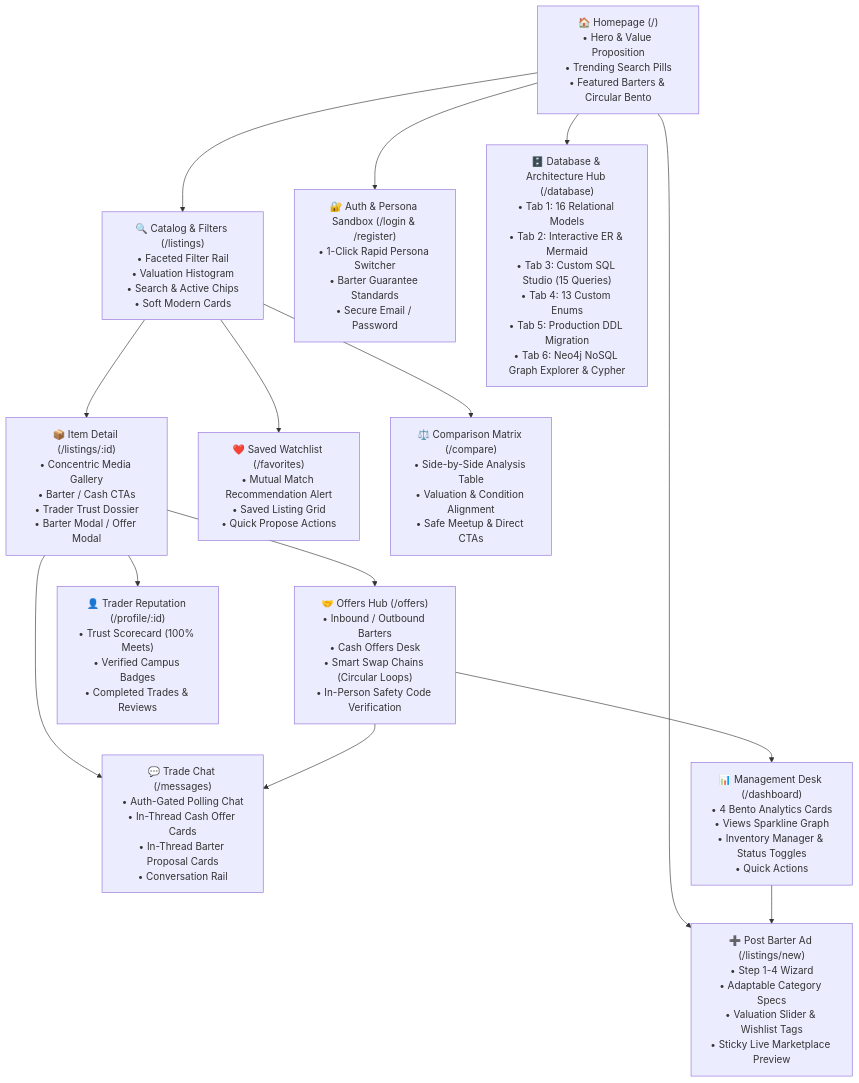
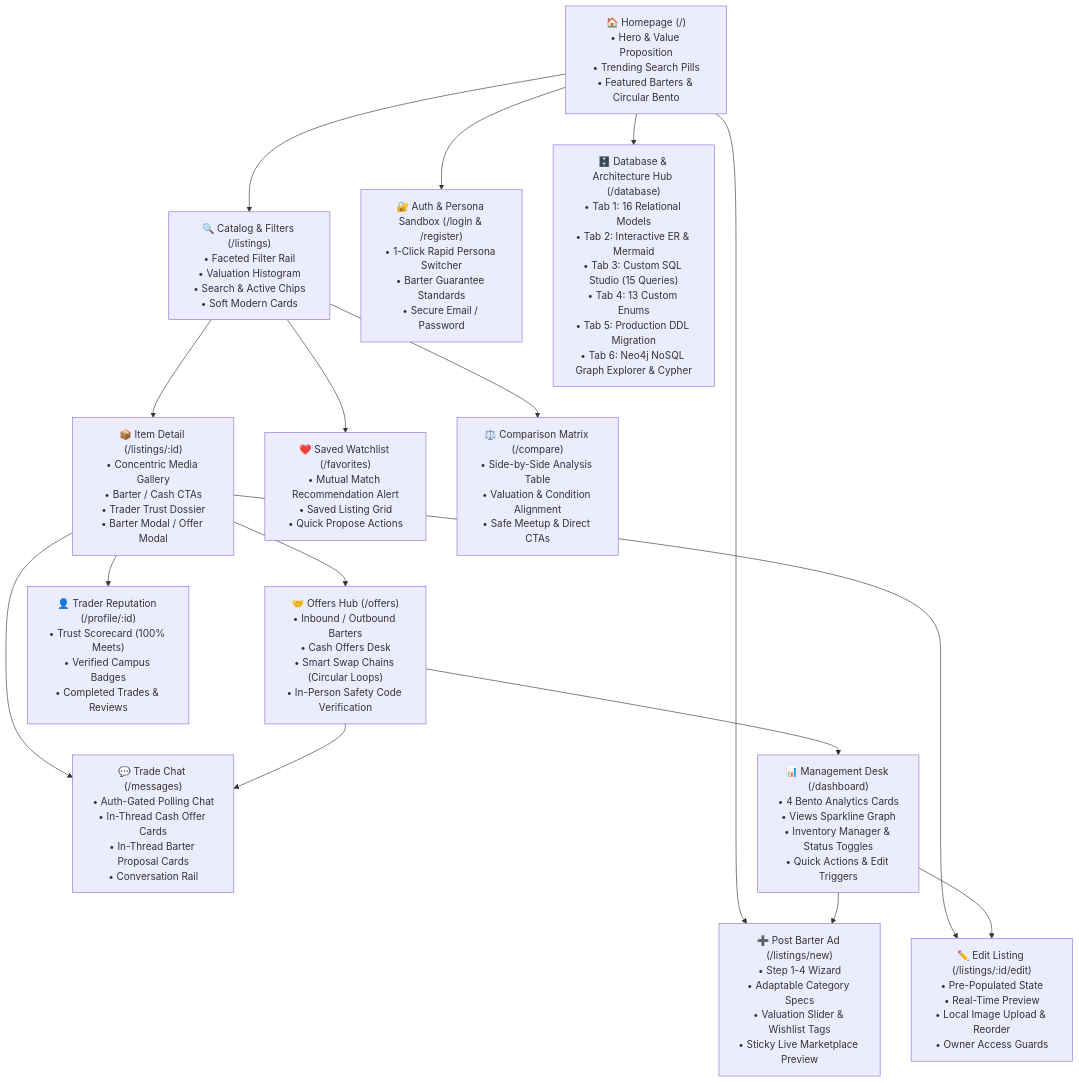
Before and after one commit to H4R5H1L-27/BarterHub: the first of 2 diagrams in README.md, drawn with Mermaid. The commit also changed other lines of this file, not shown here.

Commit message:
docs(readme): document local image upload, owner listing editing, simplified location input, and new API routes

````diff
--- a/README.md
+++ b/README.md
@@ -128,29 +133,32 @@
 ```mermaid
 graph TD
   Home["🏠 Homepage (/)<br/>• Hero & Value Proposition<br/>• Trending Search Pills<br/>• Featured Barters & Circular Bento"]
   Browse["🔍 Catalog & Filters (/listings)<br/>• Faceted Filter Rail<br/>• Valuation Histogram<br/>• Search & Active Chips<br/>• Soft Modern Cards"]
   NewListing["➕ Post Barter Ad (/listings/new)<br/>• Step 1-4 Wizard<br/>• Adaptable Category Specs<br/>• Valuation Slider & Wishlist Tags<br/>• Sticky Live Marketplace Preview"]
   ListingDetail["📦 Item Detail (/listings/:id)<br/>• Concentric Media Gallery<br/>• Barter / Cash CTAs<br/>• Trader Trust Dossier<br/>• Barter Modal / Offer Modal"]
+  EditListing["✏️ Edit Listing (/listings/:id/edit)<br/>• Pre-Populated State<br/>• Real-Time Preview<br/>• Local Image Upload & Reorder<br/>• Owner Access Guards"]
   Offers["🤝 Offers Hub (/offers)<br/>• Inbound / Outbound Barters<br/>• Cash Offers Desk<br/>• Smart Swap Chains (Circular Loops)<br/>• In-Person Safety Code Verification"]
   Messages["💬 Trade Chat (/messages)<br/>• Auth-Gated Polling Chat<br/>• In-Thread Cash Offer Cards<br/>• In-Thread Barter Proposal Cards<br/>• Conversation Rail"]
-  Dashboard["📊 Management Desk (/dashboard)<br/>• 4 Bento Analytics Cards<br/>• Views Sparkline Graph<br/>• Inventory Manager & Status Toggles<br/>• Quick Actions"]
+  Dashboard["📊 Management Desk (/dashboard)<br/>• 4 Bento Analytics Cards<br/>• Views Sparkline Graph<br/>• Inventory Manager & Status Toggles<br/>• Quick Actions & Edit Triggers"]
   Favorites["❤️ Saved Watchlist (/favorites)<br/>• Mutual Match Recommendation Alert<br/>• Saved Listing Grid<br/>• Quick Propose Actions"]
   Compare["⚖️ Comparison Matrix (/compare)<br/>• Side-by-Side Analysis Table<br/>• Valuation & Condition Alignment<br/>• Safe Meetup & Direct CTAs"]
   Profile["👤 Trader Reputation (/profile/:id)<br/>• Trust Scorecard (100% Meets)<br/>• Verified Campus Badges<br/>• Completed Trades & Reviews"]
   Auth["🔐 Auth & Persona Sandbox (/login & /register)<br/>• 1-Click Rapid Persona Switcher<br/>• Barter Guarantee Standards<br/>• Secure Email / Password"]
   DB["🗄️ Database & Architecture Hub (/database)<br/>• Tab 1: 16 Relational Models<br/>• Tab 2: Interactive ER & Mermaid<br/>• Tab 3: Custom SQL Studio (15 Queries)<br/>• Tab 4: 13 Custom Enums<br/>• Tab 5: Production DDL Migration<br/>• Tab 6: Neo4j NoSQL Graph Explorer & Cypher"]
 
   Home --> Browse
   Home --> NewListing
   Home --> Auth
   Home --> DB
   Browse --> ListingDetail
   Browse --> Compare
   ListingDetail --> Offers
   ListingDetail --> Messages
+  ListingDetail --> EditListing
   Offers --> Messages
   Offers --> Dashboard
   Dashboard --> NewListing
+  Dashboard --> EditListing
   Browse --> Favorites
   ListingDetail --> Profile
 ```
````
